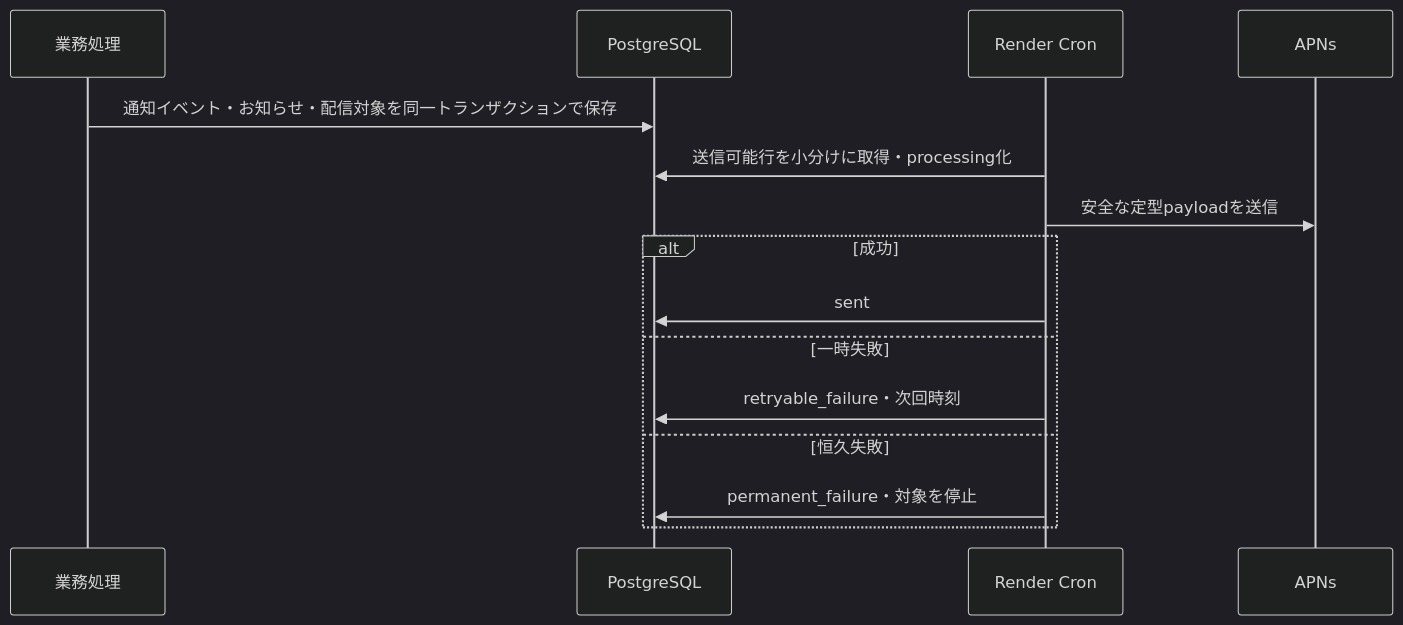
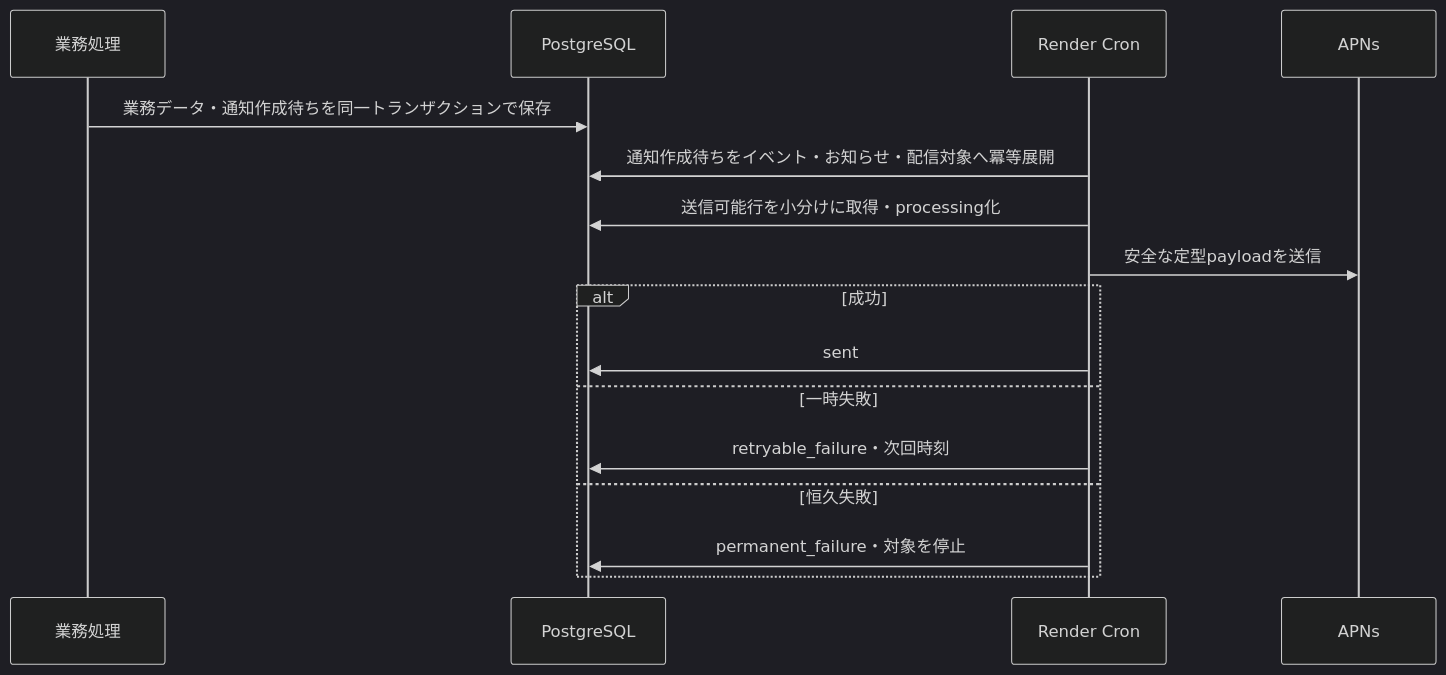
Before and after one commit to Shintaro-Abe/SubBuddy: the second of 2 diagrams in .steering/20260723-notification-delivery/design.md, drawn with Mermaid (dark theme). The commit also changed other lines of this file and 36 other files, not shown here.

````diff
--- a/.steering/20260723-notification-delivery/design.md
+++ b/.steering/20260723-notification-delivery/design.md
@@ -113,18 +117,19 @@
 ```mermaid
 sequenceDiagram
     participant S as 業務処理
     participant DB as PostgreSQL
     participant C as Render Cron
     participant P as APNs
 
-    S->>DB: 通知イベント・お知らせ・配信対象を同一トランザクションで保存
+    S->>DB: 業務データ・通知作成待ちを同一トランザクションで保存
+    C->>DB: 通知作成待ちをイベント・お知らせ・配信対象へ冪等展開
     C->>DB: 送信可能行を小分けに取得・processing化
     C->>P: 安全な定型payloadを送信
     alt 成功
       C->>DB: sent
     else 一時失敗
       C->>DB: retryable_failure・次回時刻
     else 恒久失敗
       C->>DB: permanent_failure・対象を停止
     end
 ```
````
